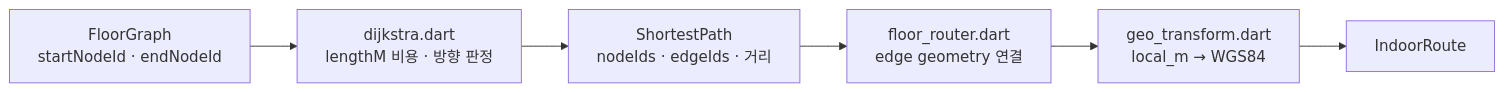
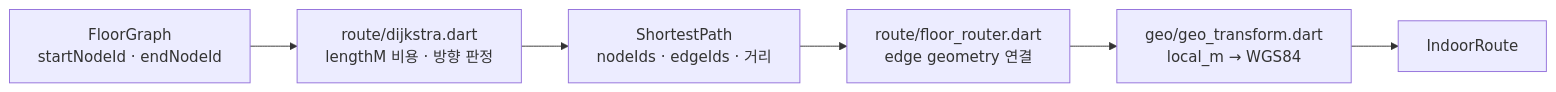
Before and after one commit to Routex-labs/Navigation: the first of 2 diagrams in client/lib/domain/README.md, drawn with Mermaid. The commit also changed other lines of this file and 35 other files, not shown here.

````diff
--- a/client/lib/domain/README.md
+++ b/client/lib/domain/README.md
@@ -25,11 +23,11 @@
 ```mermaid
 flowchart LR
     INPUT["FloorGraph<br/>startNodeId · endNodeId"]
-    DIJKSTRA["dijkstra.dart<br/>lengthM 비용 · 방향 판정"]
+    DIJKSTRA["route/dijkstra.dart<br/>lengthM 비용 · 방향 판정"]
     PATH["ShortestPath<br/>nodeIds · edgeIds · 거리"]
-    ROUTER["floor_router.dart<br/>edge geometry 연결"]
-    GEO["geo_transform.dart<br/>local_m → WGS84"]
+    ROUTER["route/floor_router.dart<br/>edge geometry 연결"]
+    GEO["geo/geo_transform.dart<br/>local_m → WGS84"]
     ROUTE["IndoorRoute"]
 
     INPUT --> DIJKSTRA --> PATH --> ROUTER --> GEO --> ROUTE
 ```
````
